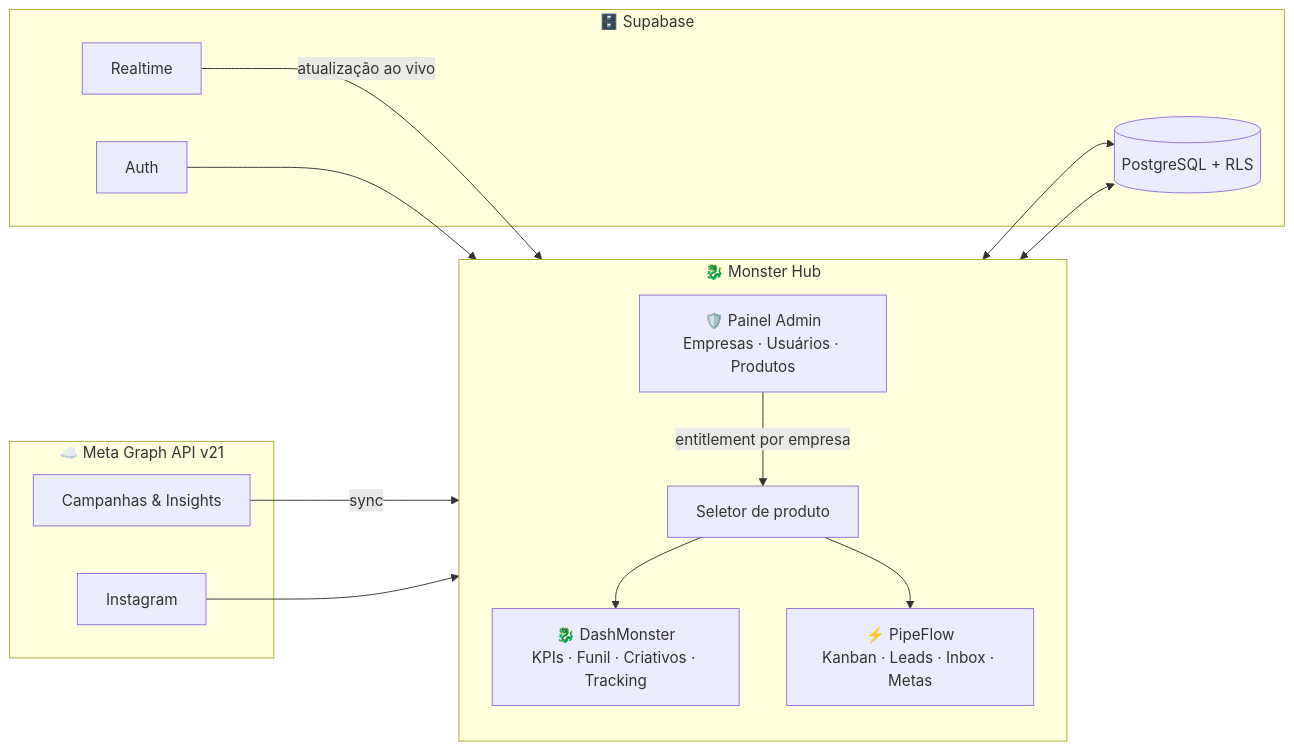
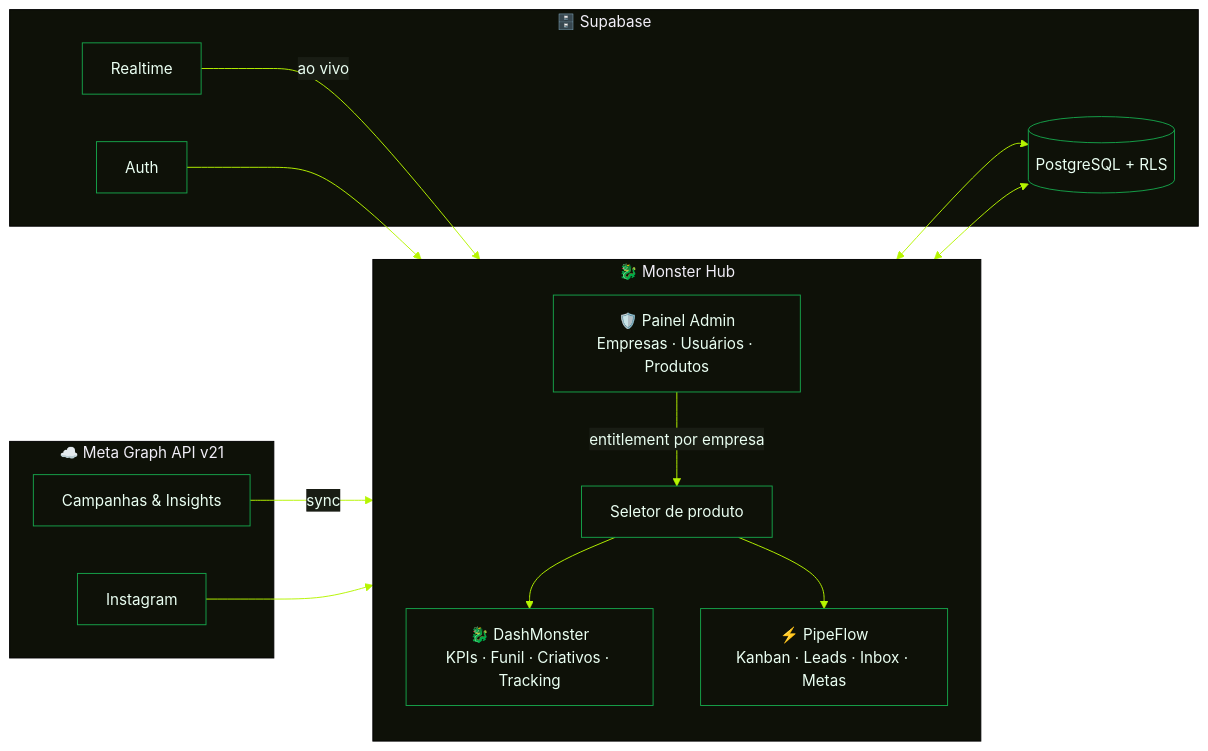
Before and after one commit to BryanJohn2901/dashmonster: the diagram in README.md, drawn with Mermaid. The commit also changed other lines of this file and 4 other files, not shown here.

````diff
--- a/README.md
+++ b/README.md
@@ -92,31 +122,32 @@
 ```mermaid
+%%{init: {'theme':'base','themeVariables':{'primaryColor':'#0E1108','primaryTextColor':'#EAFFF2','primaryBorderColor':'#16A34A','lineColor':'#B6F500','secondaryColor':'#191D14','tertiaryColor':'#0E1108','fontFamily':'Segoe UI'}}}%%
 flowchart LR
     subgraph Meta["☁️ Meta Graph API v21"]
         ADS[Campanhas & Insights]
         IG[Instagram]
     end
 
     subgraph Hub["🐉 Monster Hub"]
         direction TB
-        HUB[Seletor de produto]
+        SEL[Seletor de produto]
         DASH["🐉 DashMonster<br/>KPIs · Funil · Criativos · Tracking"]
         PIPE["⚡ PipeFlow<br/>Kanban · Leads · Inbox · Metas"]
         ADMIN["🛡️ Painel Admin<br/>Empresas · Usuários · Produtos"]
     end
 
     subgraph Supa["🗄️ Supabase"]
         DB[(PostgreSQL + RLS)]
         AUTH[Auth]
         RT[Realtime]
     end
 
     ADS -->|sync| DASH
     IG --> DASH
-    HUB --> DASH
-    HUB --> PIPE
-    ADMIN -->|entitlement por empresa| HUB
+    SEL --> DASH
+    SEL --> PIPE
+    ADMIN -->|entitlement por empresa| SEL
     DASH <--> DB
     PIPE <--> DB
     AUTH --> Hub
-    RT -->|atualização ao vivo| DASH
+    RT -->|ao vivo| DASH
 ```
````
